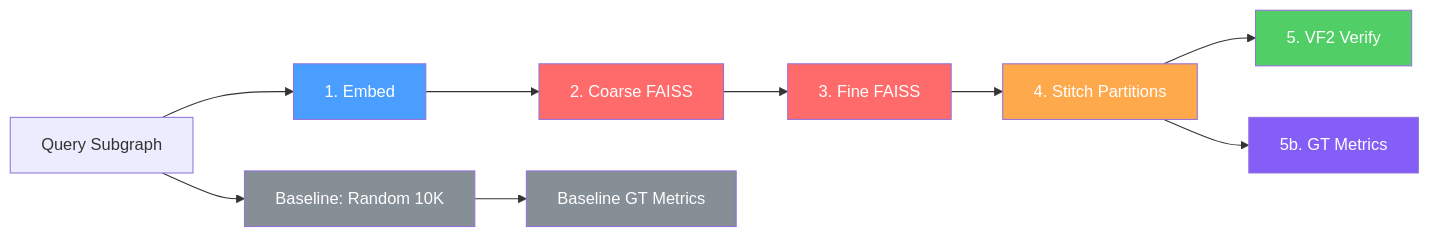
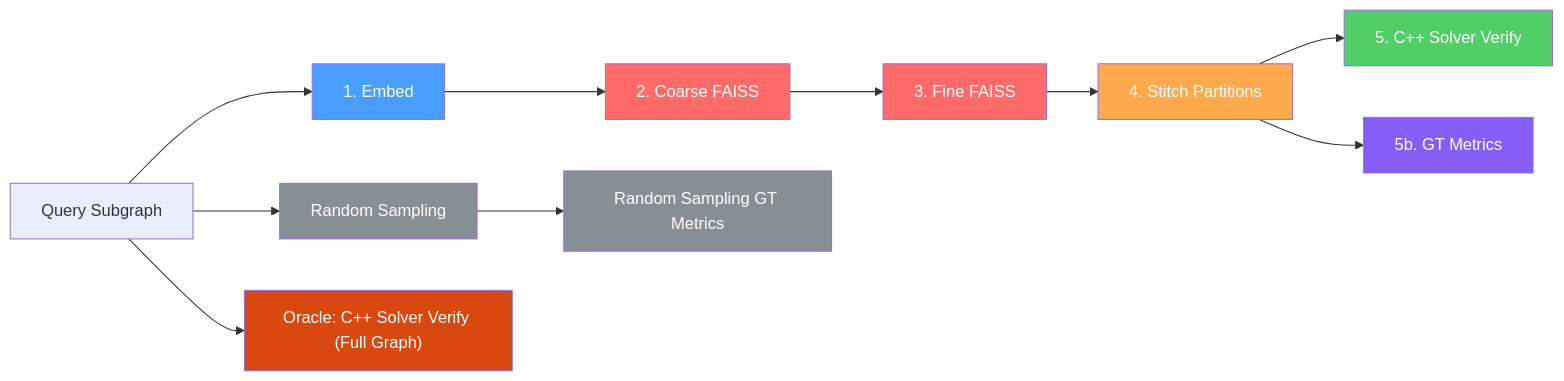
Before and after one commit to DoggoWoofWoof/SUBGNN: the diagram in docs/benchmark_metrics_reference.md, drawn with Mermaid. The commit also changed other lines of this file and 17 other files, not shown here.

````diff
--- a/docs/benchmark_metrics_reference.md
+++ b/docs/benchmark_metrics_reference.md
@@ -7,20 +7,22 @@
 ```mermaid
 flowchart LR
     Q["Query Subgraph"] --> E["1. Embed"]
     E --> FC["2. Coarse FAISS"]
     FC --> FF["3. Fine FAISS"]
     FF --> ST["4. Stitch Partitions"]
-    ST --> VF["5. VF2 Verify"]
+    ST --> VF["5. C++ Solver Verify"]
     ST --> GT["5b. GT Metrics"]
-    Q --> BL["Baseline: Random 10K"]
-    BL --> BGT["Baseline GT Metrics"]
+    Q --> BL["Random Sampling"]
+    BL --> BGT["Random Sampling GT Metrics"]
+    Q --> FGS["Oracle: C++ Solver Verify (Full Graph)"]
     
     style E fill:#4a9eff,color:white
     style FC fill:#ff6b6b,color:white
     style FF fill:#ff6b6b,color:white
     style ST fill:#ffa94d,color:white
     style VF fill:#51cf66,color:white
     style GT fill:#845ef7,color:white
     style BL fill:#868e96,color:white
     style BGT fill:#868e96,color:white
+    style FGS fill:#d9480f,color:white
 ```
````
